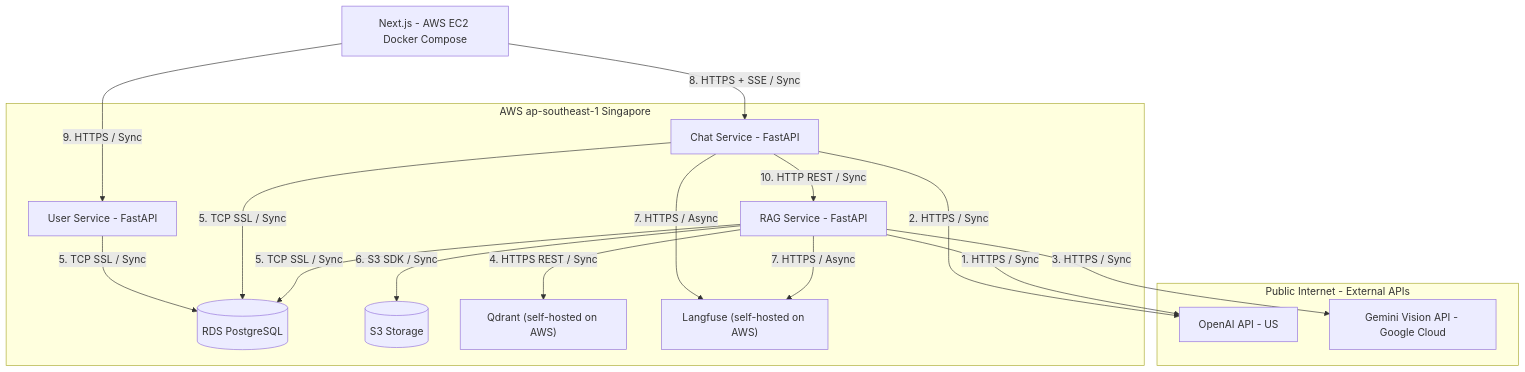
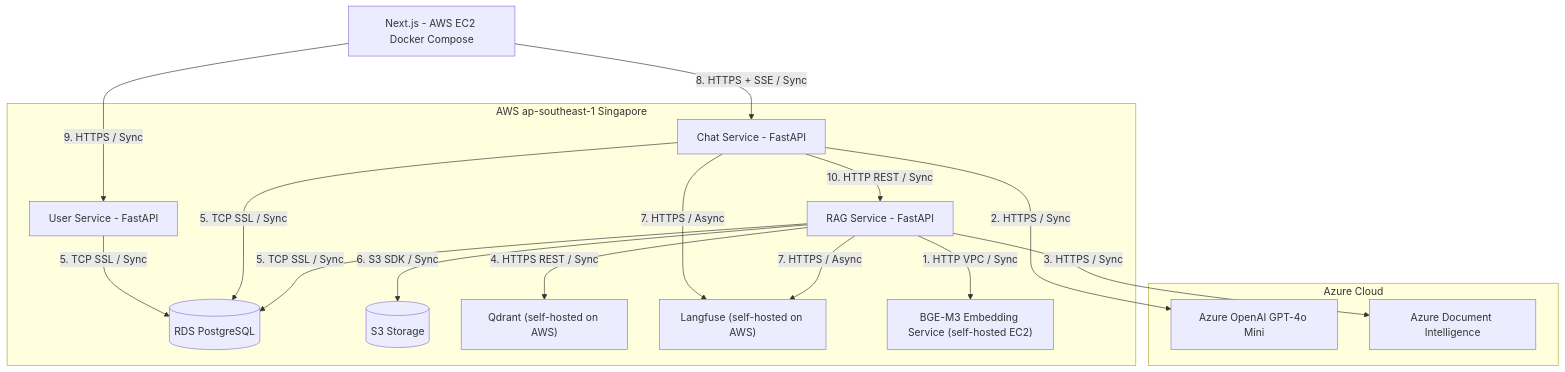
The fourth of 4 diagrams in docs/SA_RAG_Chatbot_Final.md (cds0987/DA08-VSF-AI), drawn with Mermaid before and after one commit. The commit also changed other lines of this file and 104 other files, not shown here.

````diff
--- a/docs/SA_RAG_Chatbot_Final.md
+++ b/docs/SA_RAG_Chatbot_Final.md
@@ -377,33 +393,34 @@
 ```mermaid
 flowchart TB
     NEXTJS[Next.js - AWS EC2 Docker Compose]
 
     subgraph AWS[AWS ap-southeast-1 Singapore]
         USVC[User Service - FastAPI]
         CHAT[Chat Service - FastAPI]
         RAG[RAG Service - FastAPI]
         PG[(RDS PostgreSQL)]
         S3[(S3 Storage)]
         QDRANT["Qdrant (self-hosted on AWS)"]
         LF["Langfuse (self-hosted on AWS)"]
+        BGE["BGE-M3 Embedding Service (self-hosted EC2)"]
     end
 
-    subgraph EXT[Public Internet - External APIs]
-        OPENAI[OpenAI API - US]
-        GEMINI[Gemini Vision API - Google Cloud]
+    subgraph AZURE[Azure Cloud]
+        AOAI[Azure OpenAI GPT-4o Mini]
+        ADI[Azure Document Intelligence]
     end
 
     NEXTJS -- "9. HTTPS / Sync" --> USVC
     NEXTJS -- "8. HTTPS + SSE / Sync" --> CHAT
     CHAT -- "10. HTTP REST / Sync" --> RAG
     USVC -- "5. TCP SSL / Sync" --> PG
     CHAT -- "5. TCP SSL / Sync" --> PG
     RAG -- "5. TCP SSL / Sync" --> PG
-    CHAT -- "2. HTTPS / Sync" --> OPENAI
-    RAG -- "1. HTTPS / Sync" --> OPENAI
-    RAG -- "3. HTTPS / Sync" --> GEMINI
+    CHAT -- "2. HTTPS / Sync" --> AOAI
+    RAG -- "1. HTTP VPC / Sync" --> BGE
+    RAG -- "3. HTTPS / Sync" --> ADI
     RAG -- "4. HTTPS REST / Sync" --> QDRANT
     RAG -- "6. S3 SDK / Sync" --> S3
     CHAT -- "7. HTTPS / Async" --> LF
     RAG -- "7. HTTPS / Async" --> LF
 ```
````
